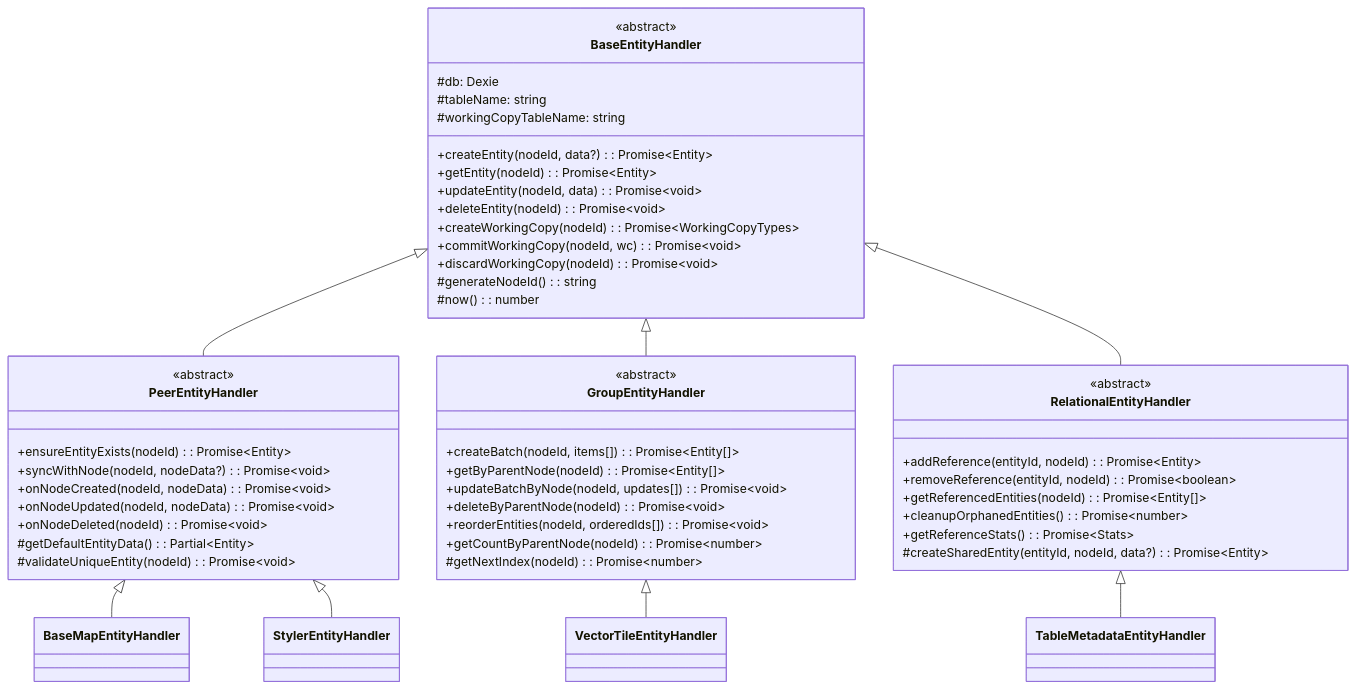
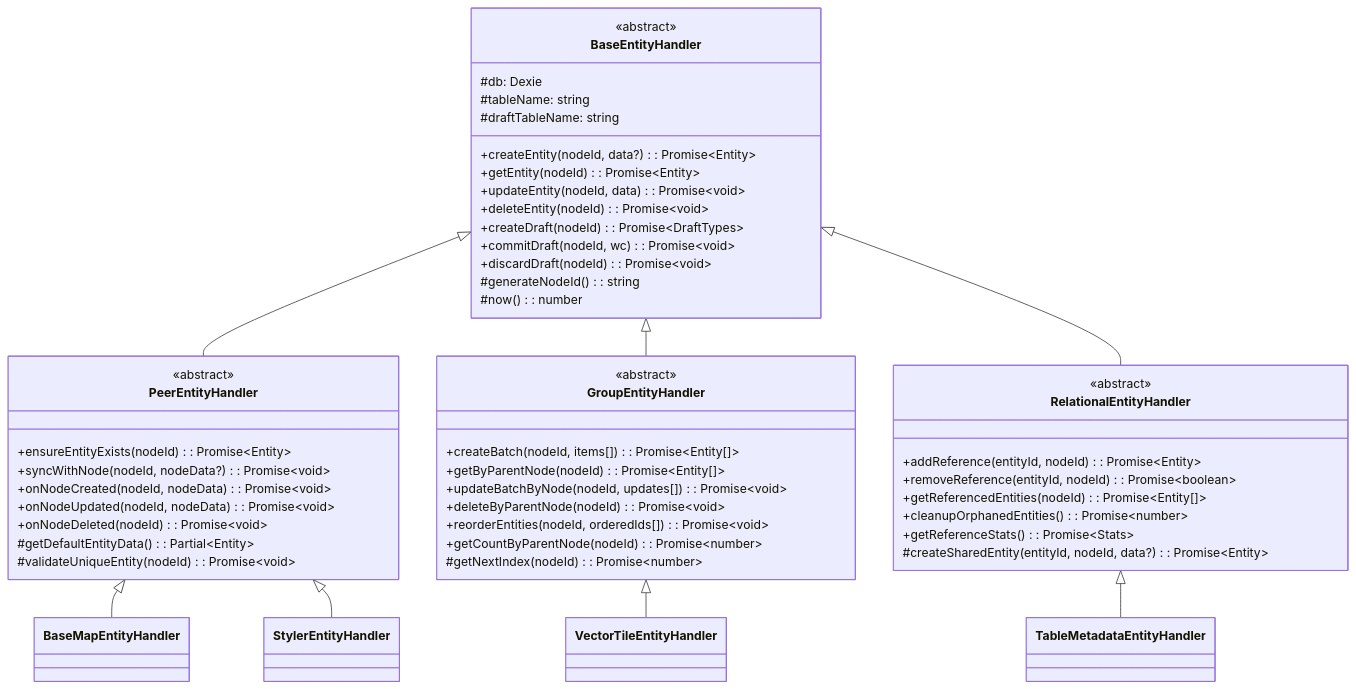
The diagram in docs/deprecated/MANUAL/04-plugin-entity-system.md (kubohiroya/hierarchidb), drawn with Mermaid before and after one commit. The commit also changed other lines of this file and 796 other files, not shown here.

````diff
--- a/docs/deprecated/MANUAL/04-plugin-entity-system.md
+++ b/docs/deprecated/MANUAL/04-plugin-entity-system.md
@@ -176,59 +176,59 @@
 ```mermaid
 classDiagram
     class BaseEntityHandler {
         <<abstract>>
         #db: Dexie
         #tableName: string
-        #workingCopyTableName: string
+        #draftTableName: string
         +createEntity(nodeId, data?): Promise~Entity~
         +getEntity(nodeId): Promise~Entity~
         +updateEntity(nodeId, data): Promise~void~
         +deleteEntity(nodeId): Promise~void~
-        +createWorkingCopy(nodeId): Promise~WorkingCopyTypes~
-        +commitWorkingCopy(nodeId, wc): Promise~void~
-        +discardWorkingCopy(nodeId): Promise~void~
+        +createDraft(nodeId): Promise~DraftTypes~
+        +commitDraft(nodeId, wc): Promise~void~
+        +discardDraft(nodeId): Promise~void~
         #generateNodeId(): string
         #now(): number
     }
 
     class PeerEntityHandler {
         <<abstract>>
         +ensureEntityExists(nodeId): Promise~Entity~
         +syncWithNode(nodeId, nodeData?): Promise~void~
         +onNodeCreated(nodeId, nodeData): Promise~void~
         +onNodeUpdated(nodeId, nodeData): Promise~void~
         +onNodeDeleted(nodeId): Promise~void~
         #getDefaultEntityData(): Partial~Entity~
         #validateUniqueEntity(nodeId): Promise~void~
     }
 
     class GroupEntityHandler {
         <<abstract>>
         +createBatch(nodeId, items[]): Promise~Entity[]~
         +getByParentNode(nodeId): Promise~Entity[]~
         +updateBatchByNode(nodeId, updates[]): Promise~void~
         +deleteByParentNode(nodeId): Promise~void~
         +reorderEntities(nodeId, orderedIds[]): Promise~void~
         +getCountByParentNode(nodeId): Promise~number~
         #getNextIndex(nodeId): Promise~number~
     }
 
     class RelationalEntityHandler {
         <<abstract>>
         +addReference(entityId, nodeId): Promise~Entity~
         +removeReference(entityId, nodeId): Promise~boolean~
         +getReferencedEntities(nodeId): Promise~Entity[]~
         +cleanupOrphanedEntities(): Promise~number~
         +getReferenceStats(): Promise~Stats~
         #createSharedEntity(entityId, nodeId, data?): Promise~Entity~
     }
 
     BaseEntityHandler <|-- PeerEntityHandler
     BaseEntityHandler <|-- GroupEntityHandler
     BaseEntityHandler <|-- RelationalEntityHandler
     
     PeerEntityHandler <|-- BaseMapEntityHandler
     PeerEntityHandler <|-- StylerEntityHandler
     GroupEntityHandler <|-- VectorTileEntityHandler
     RelationalEntityHandler <|-- TableMetadataEntityHandler
 ```
````
